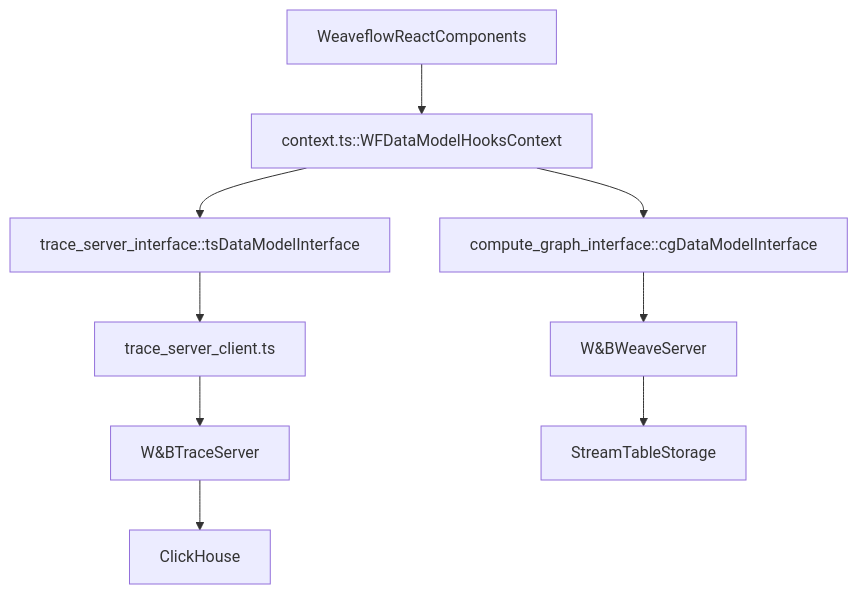
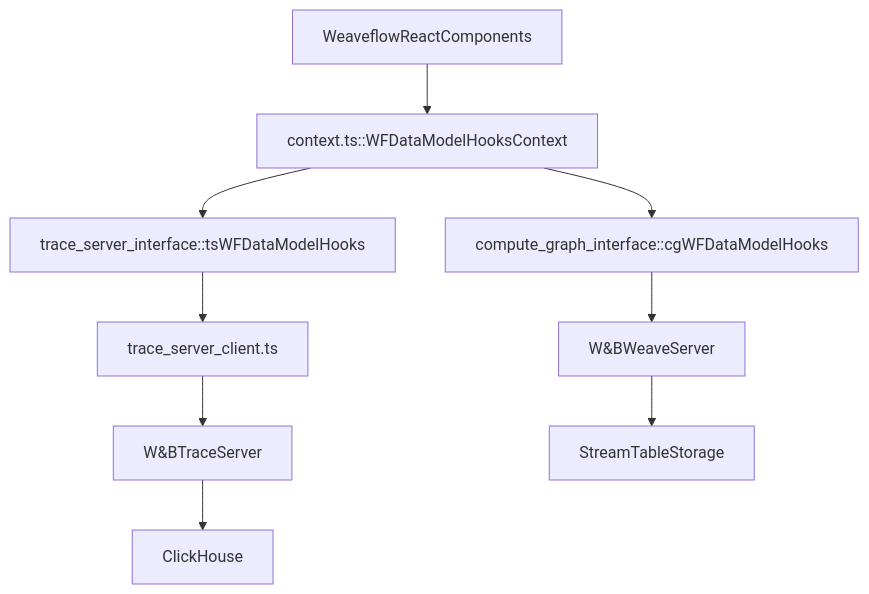
The second of 3 diagrams in weave-js/src/components/PagePanelComponents/Home/Browse3/pages/wfReactInterface/README.md (wandb/weave), drawn with Mermaid before and after one commit. The commit also changed 4 other files, not shown here.

````diff
--- a/weave-js/src/components/PagePanelComponents/Home/Browse3/pages/wfReactInterface/README.md
+++ b/weave-js/src/components/PagePanelComponents/Home/Browse3/pages/wfReactInterface/README.md
@@ -16,6 +16,6 @@
 ```mermaid
 flowchart TD
     WeaveflowReactComponents --> context.ts::WFDataModelHooksContext
-    context.ts::WFDataModelHooksContext --> trace_server_interface::tsDataModelInterface --> trace_server_client.ts --> W&BTraceServer --> ClickHouse
-    context.ts::WFDataModelHooksContext --> compute_graph_interface::cgDataModelInterface --> W&BWeaveServer --> StreamTableStorage
+    context.ts::WFDataModelHooksContext --> trace_server_interface::tsWFDataModelHooks --> trace_server_client.ts --> W&BTraceServer --> ClickHouse
+    context.ts::WFDataModelHooksContext --> compute_graph_interface::cgWFDataModelHooks --> W&BWeaveServer --> StreamTableStorage
 ```
````
